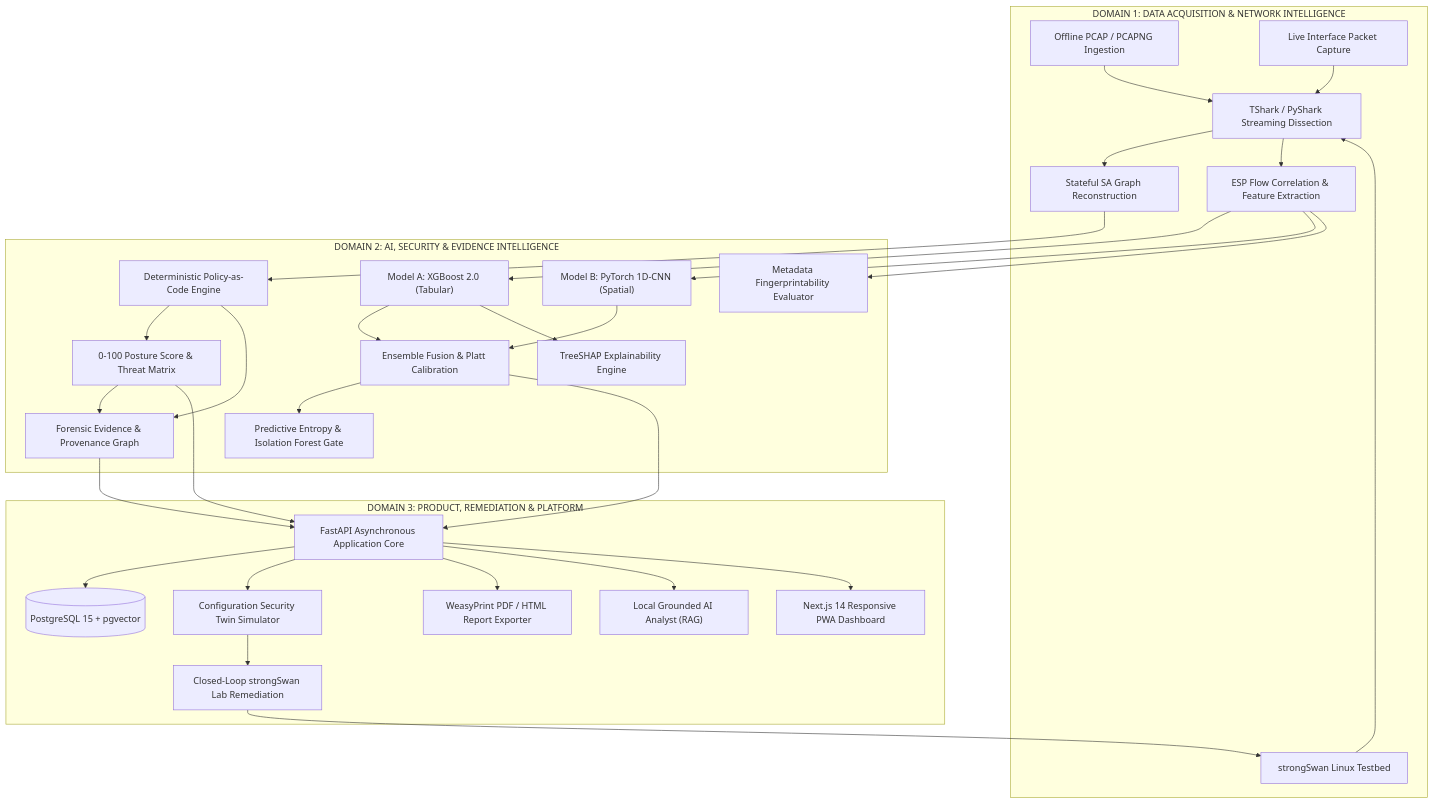
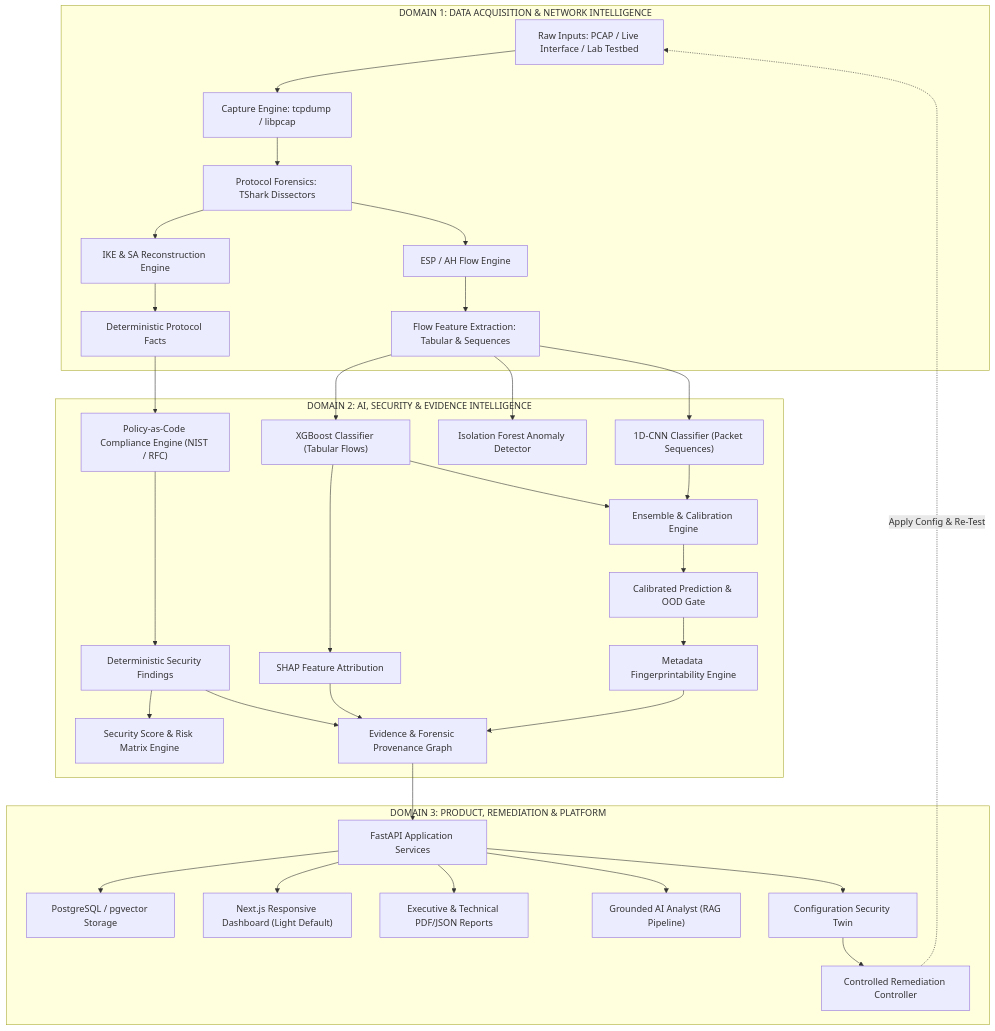
One commit to sharancode3/TunnelTrace-AI changed the first of 14 diagrams in docs/TUNNELTRACE_AI_MASTER_DOCUMENT.md. Above: the diagram before and after it, drawn with Mermaid. The commit also changed other lines of this file, not shown here.

Commit message:
docs: update mentor master document with 60-part structure, markdown tables, and validated mermaid diagrams

````diff
--- a/docs/TUNNELTRACE_AI_MASTER_DOCUMENT.md
+++ b/docs/TUNNELTRACE_AI_MASTER_DOCUMENT.md
@@ -293,62 +205,39 @@
 ```mermaid
-graph TB
-    subgraph DOMAIN1 ["DOMAIN 1: DATA ACQUISITION & NETWORK INTELLIGENCE"]
-        IN1["Offline PCAP / PCAPNG Ingestion"]
-        IN2["Live Interface Packet Capture"]
-        IN3["strongSwan Linux Testbed"]
-        DISSECT["TShark / PyShark Streaming Dissection"]
-        SA_REC["Stateful SA Graph Reconstruction"]
-        FLOW_REC["ESP Flow Correlation & Feature Extraction"]
-
-        IN1 --> DISSECT
-        IN2 --> DISSECT
-        IN3 --> DISSECT
-        DISSECT --> SA_REC
-        DISSECT --> FLOW_REC
+graph TD
+    subgraph DOMAIN1["DOMAIN 1: DATA ACQUISITION & NETWORK INTELLIGENCE"]
+        A1["Raw Inputs: PCAP / Live Interface / Lab Testbed"] --> A2["Capture Engine: tcpdump / libpcap"]
+        A2 --> A3["Protocol Forensics: TShark Dissectors"]
+        A3 --> A4["IKE & SA Reconstruction Engine"]
+        A4 --> A5["Deterministic Protocol Facts"]
+        A3 --> A6["ESP / AH Flow Engine"]
+        A6 --> A7["Flow Feature Extraction: Tabular & Sequences"]
     end
 
-    subgraph DOMAIN2 ["DOMAIN 2: AI, SECURITY & EVIDENCE INTELLIGENCE"]
-        ML_TAB["Model A: XGBoost 2.0 (Tabular)"]
-        ML_SEQ["Model B: PyTorch 1D-CNN (Spatial)"]
-        FUSION["Ensemble Fusion & Platt Calibration"]
-        OOD["Predictive Entropy & Isolation Forest Gate"]
-        SHAP_EXP["TreeSHAP Explainability Engine"]
-        POL_ENG["Deterministic Policy-as-Code Engine"]
-        SCORE_ENG["0-100 Posture Score & Threat Matrix"]
-        META_IDX["Metadata Fingerprintability Evaluator"]
-        EVID_GRAPH["Forensic Evidence & Provenance Graph"]
-
-        FLOW_REC --> ML_TAB
-        FLOW_REC --> ML_SEQ
-        ML_TAB --> FUSION
-        ML_SEQ --> FUSION
-        FUSION --> OOD
-        ML_TAB --> SHAP_EXP
-        SA_REC --> POL_ENG
-        POL_ENG --> SCORE_ENG
-        FLOW_REC --> META_IDX
-        POL_ENG --> EVID_GRAPH
-        SCORE_ENG --> EVID_GRAPH
+    subgraph DOMAIN2["DOMAIN 2: AI, SECURITY & EVIDENCE INTELLIGENCE"]
+        A7 --> B1["XGBoost Classifier (Tabular Flows)"]
+        A7 --> B2["1D-CNN Classifier (Packet Sequences)"]
+        B1 --> B3["Ensemble & Calibration Engine"]
+        B2 --> B3
+        B3 --> B4["Calibrated Prediction & OOD Gate"]
+        B1 --> B5["SHAP Feature Attribution"]
+        A7 --> B6["Isolation Forest Anomaly Detector"]
+        A5 --> B7["Policy-as-Code Compliance Engine (NIST / RFC)"]
+        B7 --> B8["Deterministic Security Findings"]
+        B8 --> B9["Security Score & Risk Matrix Engine"]
+        B4 --> B10["Metadata Fingerprintability Engine"]
+        B8 --> B11["Evidence & Forensic Provenance Graph"]
+        B5 --> B11
+        B10 --> B11
     end
 
-    subgraph DOMAIN3 ["DOMAIN 3: PRODUCT, REMEDIATION & PLATFORM"]
-        API["FastAPI Asynchronous Application Core"]
-        DB[(PostgreSQL 15 + pgvector)]
-        TWIN["Configuration Security Twin Simulator"]
-        REMED["Closed-Loop strongSwan Lab Remediation"]
-        REPORT["WeasyPrint PDF / HTML Report Exporter"]
-        RAG["Local Grounded AI Analyst (RAG)"]
-        UI["Next.js 14 Responsive PWA Dashboard"]
-
-        API --> DB
-        EVID_GRAPH --> API
-        FUSION --> API
-        SCORE_ENG --> API
-        API --> TWIN
-        TWIN --> REMED
-        REMED --> IN3
-        API --> REPORT
-        API --> RAG
-        API --> UI
+    subgraph DOMAIN3["DOMAIN 3: PRODUCT, REMEDIATION & PLATFORM"]
+        B11 --> C1["FastAPI Application Services"]
+        C1 --> C2["PostgreSQL / pgvector Storage"]
+        C1 --> C3["Next.js Responsive Dashboard (Light Default)"]
+        C1 --> C4["Executive & Technical PDF/JSON Reports"]
+        C1 --> C5["Grounded AI Analyst (RAG Pipeline)"]
+        C1 --> C6["Configuration Security Twin"]
+        C6 --> C7["Controlled Remediation Controller"]
+        C7 -.->|"Apply Config & Re-Test"| A1
     end
 ```
````
